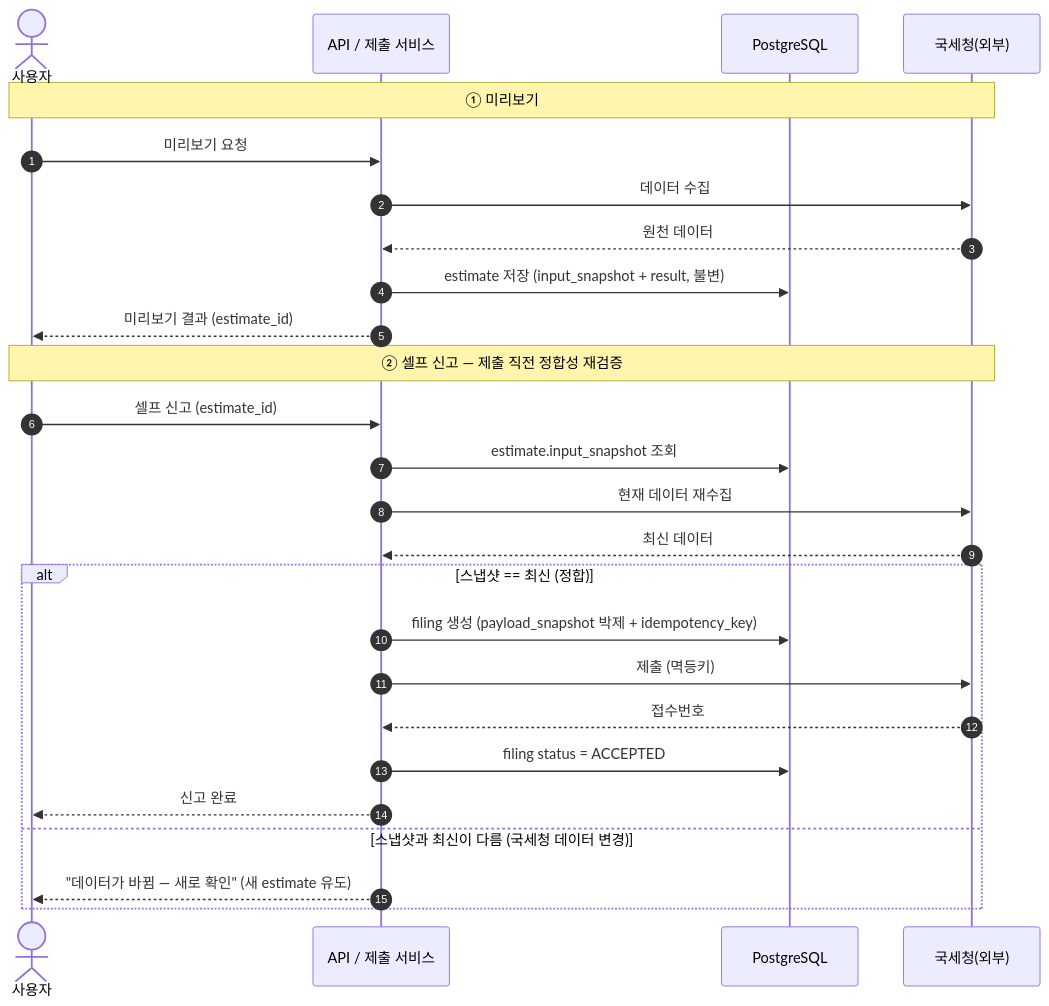
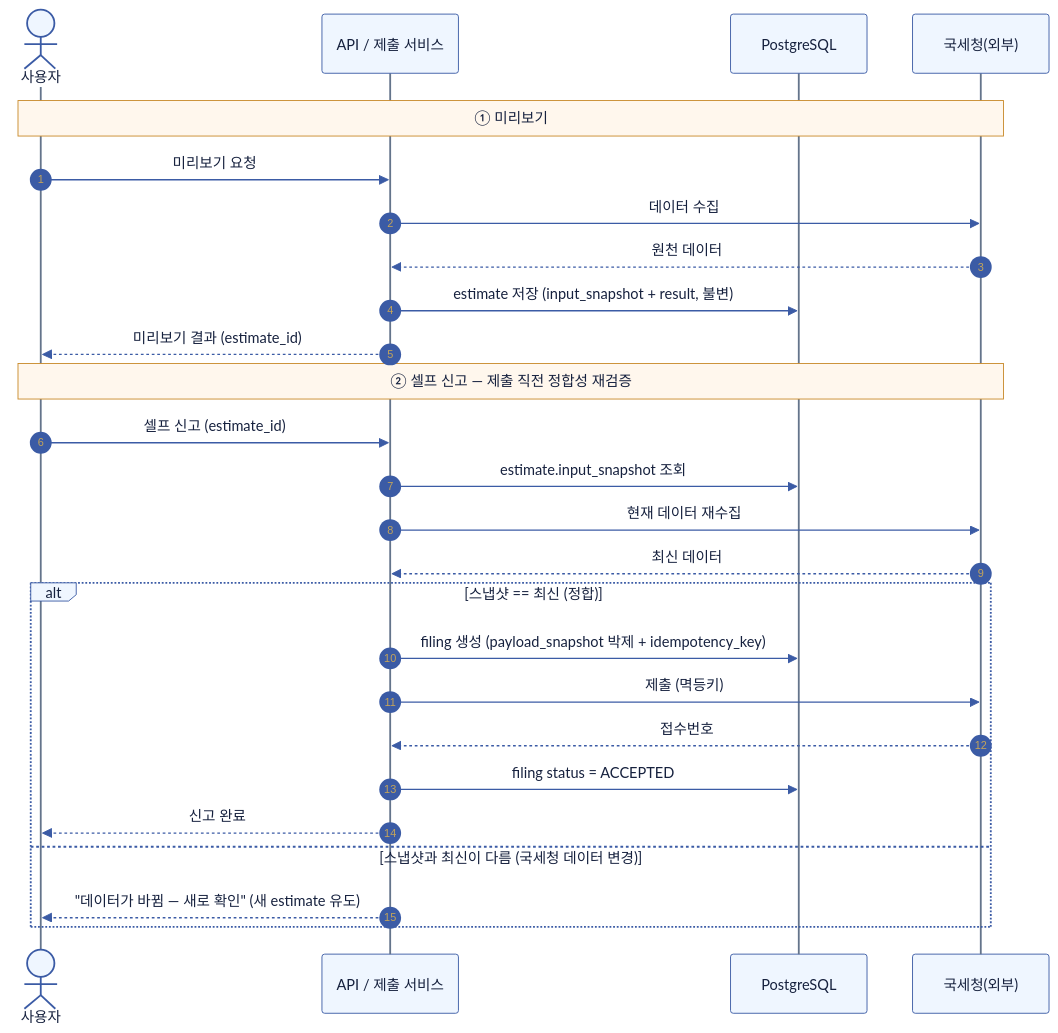
The sixth of 6 diagrams in system-design/2606-종소세-환급-설계.md (Hyune-s-lab/my-ai-study), drawn with Mermaid before and after one commit. The commit also changed other lines of this file and 28 other files, not shown here.

Commit message:
docs: Mermaid 호환성과 문서 가독성 개선

````diff
--- a/system-design/2606-종소세-환급-설계.md
+++ b/system-design/2606-종소세-환급-설계.md
@@ -137,30 +322,31 @@
 ```mermaid
 sequenceDiagram
+%%{init: {"theme": "base", "darkMode": false, "themeVariables": {"background": "#ffffff", "primaryColor": "#EFF6FF", "primaryTextColor": "#16213E", "primaryBorderColor": "#3B5BA5", "secondaryColor": "#F0FDF4", "tertiaryColor": "#FAF5FF", "lineColor": "#3B5BA5", "textColor": "#16213E", "edgeLabelBackground": "#ffffff", "actorBkg": "#EFF6FF", "actorBorder": "#3B5BA5", "actorTextColor": "#16213E", "signalColor": "#3B5BA5", "signalTextColor": "#16213E", "noteBkgColor": "#FFF7ED", "noteBorderColor": "#C98A2B", "noteTextColor": "#16213E", "labelBoxBkgColor": "#EFF6FF", "labelTextColor": "#16213E", "loopTextColor": "#16213E", "actorLineColor": "#64748B", "labelBoxBorderColor": "#3B5BA5"}}}%%
     autonumber
     actor U as 사용자
     participant API as API / 제출 서비스
     participant DB as PostgreSQL
     participant NTS as 국세청(외부)
-
-    Note over U,NTS: ① 미리보기
-    U->>API: 미리보기 요청
-    API->>NTS: 데이터 수집
-    NTS-->>API: 원천 데이터
-    API->>DB: estimate 저장 (input_snapshot + result, 불변)
-    API-->>U: 미리보기 결과 (estimate_id)
-
-    Note over U,NTS: ② 셀프 신고 — 제출 직전 정합성 재검증
-    U->>API: 셀프 신고 (estimate_id)
-    API->>DB: estimate.input_snapshot 조회
-    API->>NTS: 현재 데이터 재수집
-    NTS-->>API: 최신 데이터
-    alt 스냅샷 == 최신 (정합)
-        API->>DB: filing 생성 (payload_snapshot 박제 + idempotency_key)
-        API->>NTS: 제출 (멱등키)
-        NTS-->>API: 접수번호
-        API->>DB: filing status = ACCEPTED
-        API-->>U: 신고 완료
-    else 스냅샷과 최신이 다름 (국세청 데이터 변경)
-        API-->>U: "데이터가 바뀜 — 새로 확인" (새 estimate 유도)
-    end
+  rect rgb(255, 255, 255)
+      Note over U,NTS: ① 미리보기
+      U->>API: 미리보기 요청
+      API->>NTS: 데이터 수집
+      NTS-->>API: 원천 데이터
+      API->>DB: estimate 저장 (input_snapshot + result, 불변)
+      API-->>U: 미리보기 결과 (estimate_id)
+      Note over U,NTS: ② 셀프 신고 — 제출 직전 정합성 재검증
+      U->>API: 셀프 신고 (estimate_id)
+      API->>DB: estimate.input_snapshot 조회
+      API->>NTS: 현재 데이터 재수집
+      NTS-->>API: 최신 데이터
+      alt 스냅샷 == 최신 (정합)
+          API->>DB: filing 생성 (payload_snapshot 박제 + idempotency_key)
+          API->>NTS: 제출 (멱등키)
+          NTS-->>API: 접수번호
+          API->>DB: filing status = ACCEPTED
+          API-->>U: 신고 완료
+      else 스냅샷과 최신이 다름 (국세청 데이터 변경)
+          API-->>U: "데이터가 바뀜 — 새로 확인" (새 estimate 유도)
+      end
+  end
 ```
````
